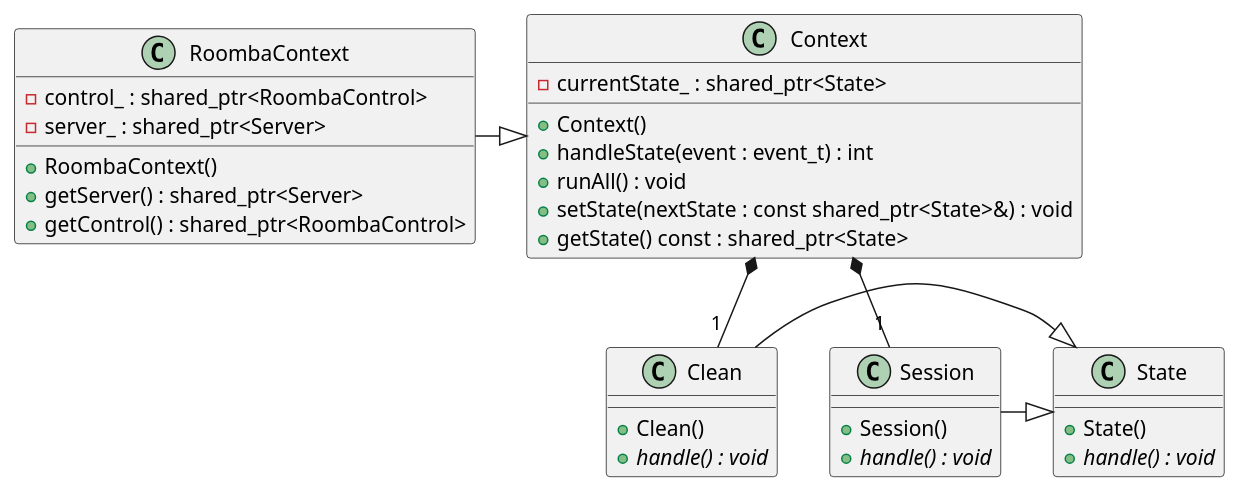
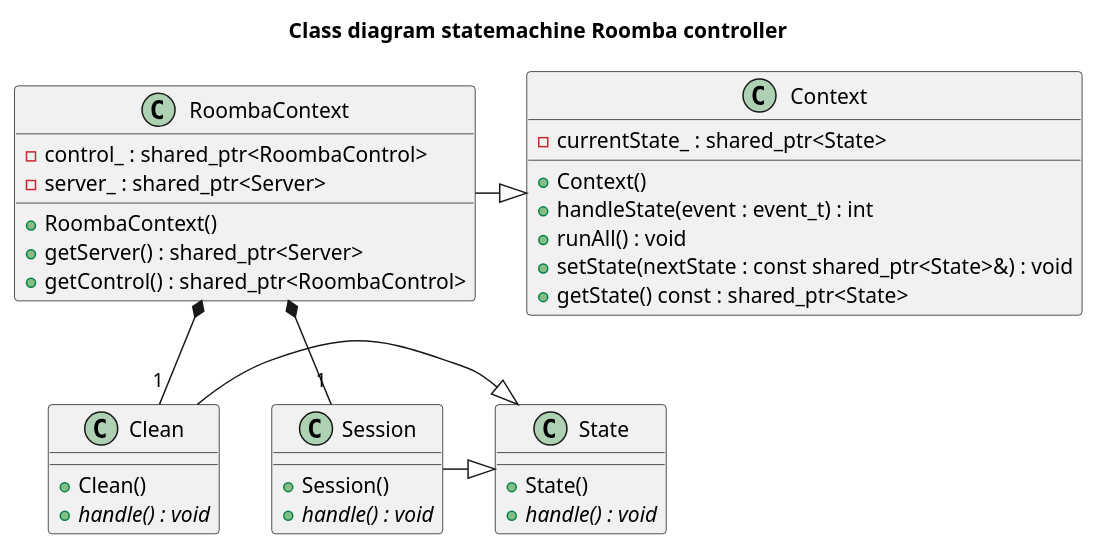
Before and after one commit to VvWijhe/Cleanify: the diagram in UML/state_diagram.puml, drawn with PlantUML.

```diff
--- a/UML/state_diagram.puml
+++ b/UML/state_diagram.puml
@@ -1,39 +1,41 @@
 @startuml
+title Class diagram statemachine Roomba controller
+
 class State {
 + State()
 + <i>handle() : void
 }
 
 Clean -|> State
 class Clean {
 + Clean()
 + <i>handle() : void
 }
 
 Session -|> State
 class Session {
 + Session()
 + <i>handle() : void
 }
 
 class Context {
 + Context()
 + handleState(event : event_t) : int
 + runAll() : void
 + setState(nextState : const shared_ptr<State>&) : void
 + getState() const : shared_ptr<State>
 - currentState_ : shared_ptr<State>
 }
 
 RoombaContext -|> Context
 class RoombaContext {
 + RoombaContext()
 + getServer() : shared_ptr<Server>
 + getControl() : shared_ptr<RoombaControl>
 - control_ : shared_ptr<RoombaControl>
 - server_ : shared_ptr<Server>
 }
 
-Context *--"1" Clean
-Context *--"1" Session
+RoombaContext *--"1" Clean
+RoombaContext *--"1" Session
 @enduml
```
